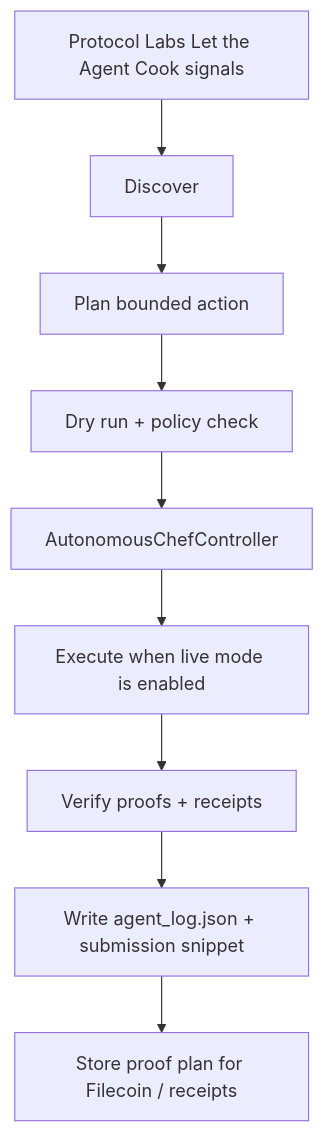
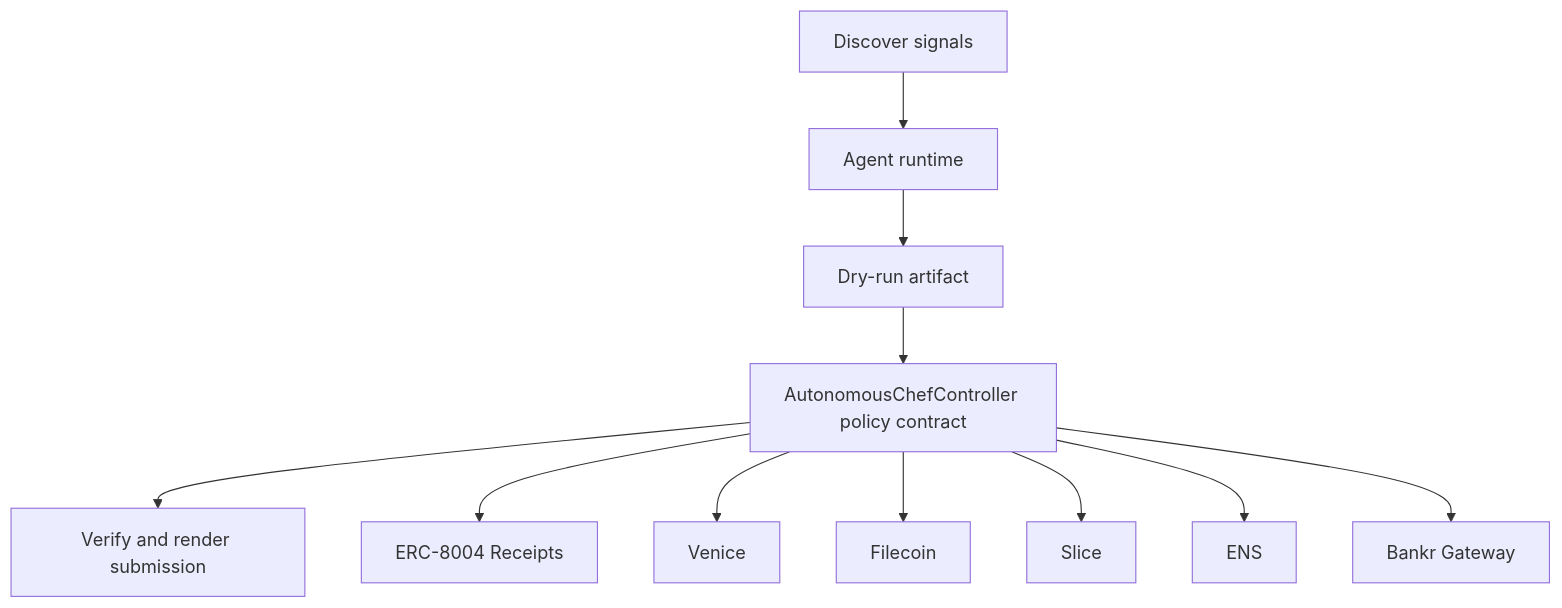
One commit to CrystallineButterfly/Synthesis-Cook-NoHumansRequired changed the diagram in docs/architecture.mmd. Above: the diagram before and after it, drawn with Mermaid. The commit also changed 998 other files, not shown here.

Commit message:
Implement bounded agent runtime

```diff
--- a/docs/architecture.mmd
+++ b/docs/architecture.mmd
@@ -1,9 +1,13 @@
 flowchart TD
-    Signals[Protocol Labs Let the Agent Cook signals] --> Discover[Discover]
-    Discover --> Plan[Plan bounded action]
-    Plan --> DryRun[Dry run + policy check]
-    DryRun --> Guard[AutonomousChefController]
-    Guard --> Execute[Execute when live mode is enabled]
-    Execute --> Verify[Verify proofs + receipts]
-    Verify --> Persist[Write agent_log.json + submission snippet]
-    Persist --> Storage[Store proof plan for Filecoin / receipts]
+    Signals[Discover signals]
+    Planner[Agent runtime]
+    DryRun[Dry-run artifact]
+    Contract[AutonomousChefController policy contract]
+    Verify[Verify and render submission]
+    Signals --> Planner --> DryRun --> Contract --> Verify
+    Contract --> erc_8004_receipts[ERC-8004 Receipts]
+    Contract --> venice[Venice]
+    Contract --> filecoin[Filecoin]
+    Contract --> slice[Slice]
+    Contract --> ens[ENS]
+    Contract --> bankr_gateway[Bankr Gateway]
```
